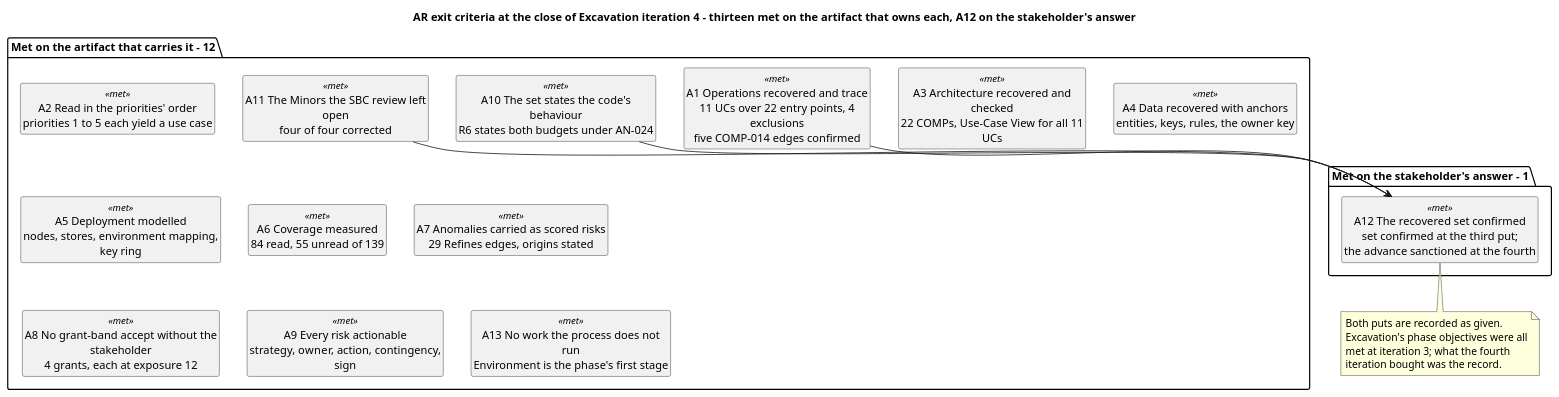
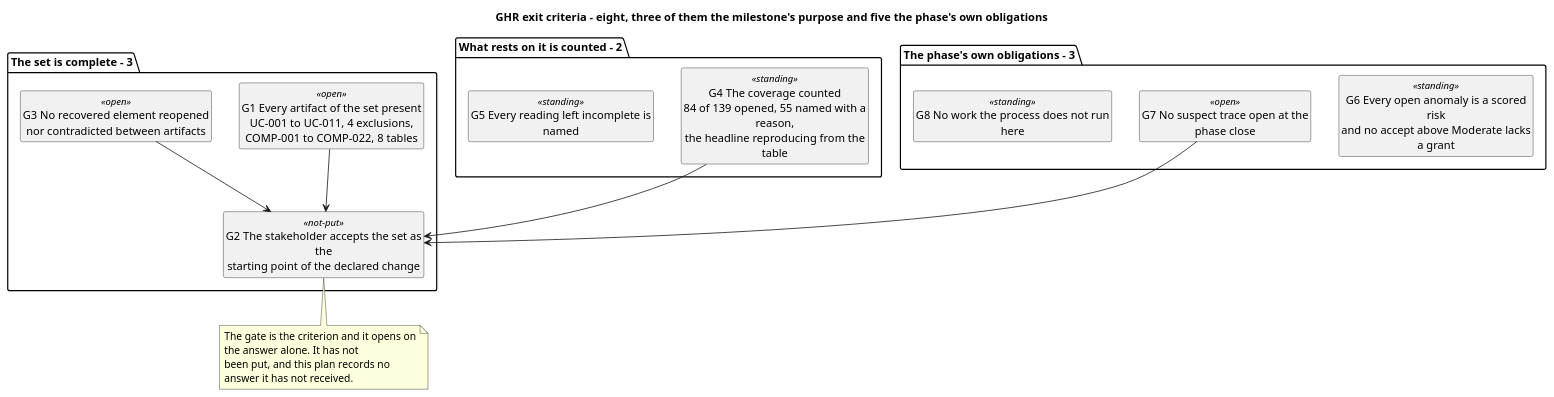
Before and after one commit to banense-test/TodoApp: the fifth of 5 diagrams in docs/artifacts/project-management/iteration-plan.md, drawn with PlantUML. The commit also changed other lines of this file, not shown here.

First line of the commit message:
Project Manager [Consolidation1]: upsert Iteration Plan

````diff
--- a/docs/artifacts/project-management/iteration-plan.md
+++ b/docs/artifacts/project-management/iteration-plan.md
@@ -404,37 +313,35 @@
 ```plantuml
 @startuml
-title AR exit criteria at the close of Excavation iteration 4 - thirteen met on the artifact that owns each, A12 on the stakeholder's answer
+title GHR exit criteria - eight, three of them the milestone's purpose and five the phase's own obligations
 skinparam shadowing false
 skinparam wrapWidth 250
 hide circle
 hide empty members
 
-package "Met on the artifact that carries it - 12" {
-  class "A1 Operations recovered and trace\n11 UCs over 22 entry points, 4 exclusions\nfive COMP-014 edges confirmed" as A1 <<met>>
-  class "A2 Read in the priorities' order\npriorities 1 to 5 each yield a use case" as A2 <<met>>
-  class "A3 Architecture recovered and checked\n22 COMPs, Use-Case View for all 11 UCs" as A3 <<met>>
-  class "A4 Data recovered with anchors\nentities, keys, rules, the owner key" as A4 <<met>>
-  class "A5 Deployment modelled\nnodes, stores, environment mapping, key ring" as A5 <<met>>
-  class "A6 Coverage measured\n84 read, 55 unread of 139" as A6 <<met>>
-  class "A7 Anomalies carried as scored risks\n29 Refines edges, origins stated" as A7 <<met>>
-  class "A8 No grant-band accept without the stakeholder\n4 grants, each at exposure 12" as A8 <<met>>
-  class "A9 Every risk actionable\nstrategy, owner, action, contingency, sign" as A9 <<met>>
-  class "A10 The set states the code's behaviour\nR6 states both budgets under AN-024" as A10 <<met>>
-  class "A11 The Minors the SBC review left open\nfour of four corrected" as A11 <<met>>
-  class "A13 No work the process does not run\nEnvironment is the phase's first stage" as A13 <<met>>
+package "The set is complete - 3" {
+  class "G1 Every artifact of the set present\nUC-001 to UC-011, 4 exclusions,\nCOMP-001 to COMP-022, 8 tables" as G1 <<open>>
+  class "G2 The stakeholder accepts the set as the\nstarting point of the declared change" as G2 <<not-put>>
+  class "G3 No recovered element reopened\nnor contradicted between artifacts" as G3 <<open>>
 }
 
-package "Met on the stakeholder's answer - 1" {
-  class "A12 The recovered set confirmed\nset confirmed at the third put;\nthe advance sanctioned at the fourth" as A12 <<met>>
+package "What rests on it is counted - 2" {
+  class "G4 The coverage counted\n84 of 139 opened, 55 named with a reason,\nthe headline reproducing from the table" as G4 <<standing>>
+  class "G5 Every reading left incomplete is named" as G5 <<standing>>
 }
 
-A1 --> A12
-A10 --> A12
-A11 --> A12
+package "The phase's own obligations - 3" {
+  class "G6 Every open anomaly is a scored risk\nand no accept above Moderate lacks a grant" as G6 <<standing>>
+  class "G7 No suspect trace open at the phase close" as G7 <<open>>
+  class "G8 No work the process does not run here" as G8 <<standing>>
+}
 
-note bottom of A12
-  Both puts are recorded as given. Excavation's phase objectives were all
-  met at iteration 3; what the fourth iteration bought was the record.
+G1 --> G2
+G3 --> G2
+G4 --> G2
+G7 --> G2
+note bottom of G2
+  The gate is the criterion and it opens on the answer alone. It has not
+  been put, and this plan records no answer it has not received.
 end note
 @enduml
 ```
````
